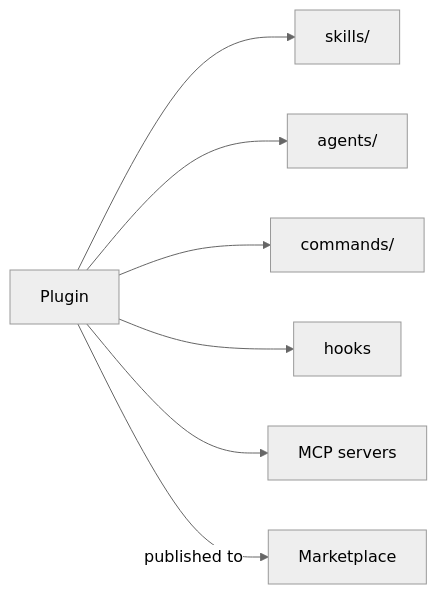
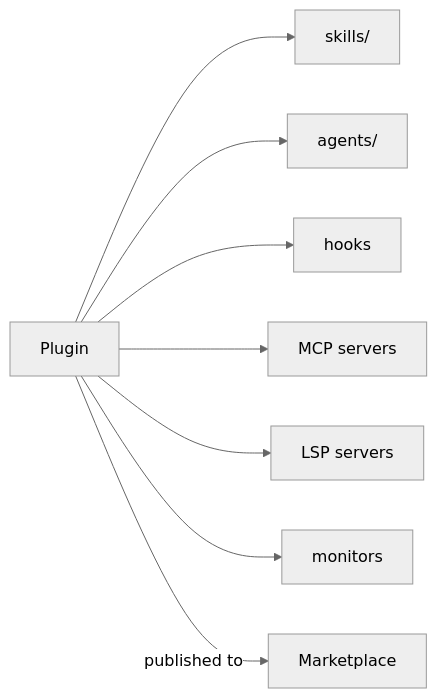
Before and after one commit to derob98/ailmanac: the diagram in docs/claude-code/plugins-marketplaces.mdx, drawn with Mermaid (neutral theme). The commit also changed other lines of this file, not shown here.

First line of the commit message:
docs(plugins): refresh plugin component set (LSP servers, monitors, bin), verify 2026-07-06

````diff
--- a/docs/claude-code/plugins-marketplaces.mdx
+++ b/docs/claude-code/plugins-marketplaces.mdx
@@ -21,9 +21,10 @@
 ```mermaid
 flowchart LR
   P[Plugin] --> S[skills/]
   P --> A[agents/]
-  P --> C[commands/]
   P --> H[hooks]
   P --> M[MCP servers]
+  P --> L[LSP servers]
+  P --> MO[monitors]
   P -->|published to| MK[Marketplace]
 ```
````
